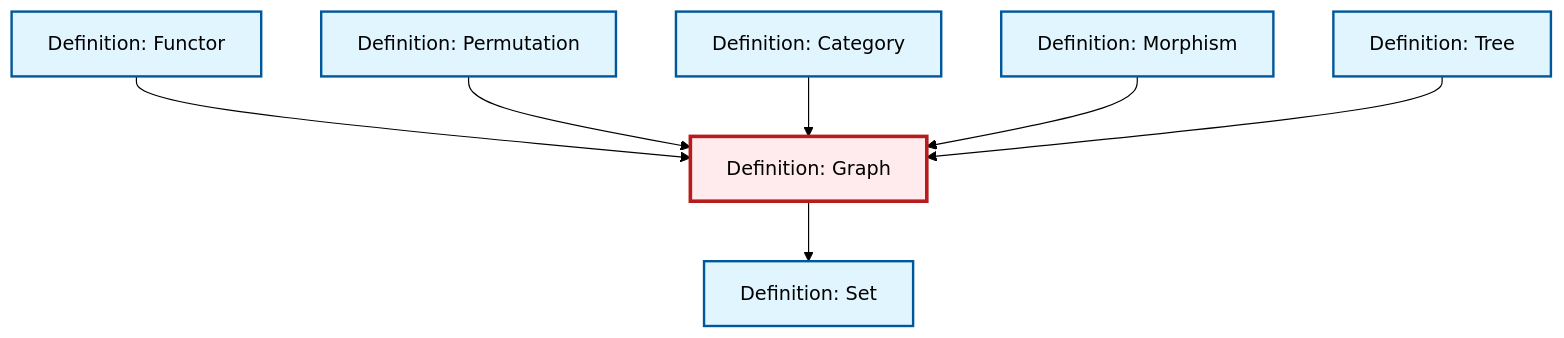
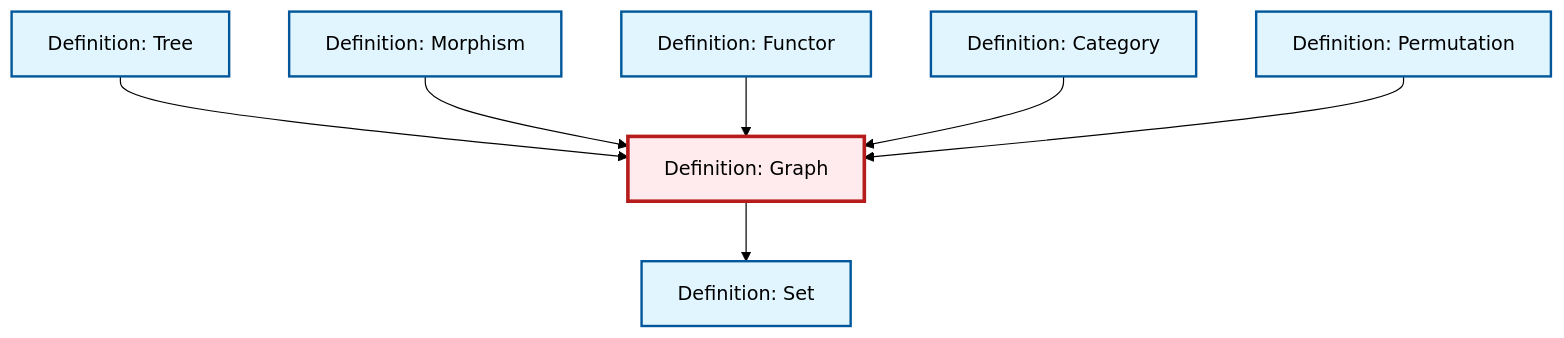
Before and after one commit to RK0429/ModernMath: the diagram in content/en/combinatorics/def-graph.qmd, drawn with Mermaid (forest theme). The commit also changed other lines of this file and 615 other files, not shown here.

````diff
--- a/content/en/combinatorics/def-graph.qmd
+++ b/content/en/combinatorics/def-graph.qmd
@@ -90,29 +90,29 @@
 ```{mermaid}
 %%| fig-cap: "Local dependency graph"
 graph TD
     classDef definition fill:#e1f5fe,stroke:#01579b,stroke-width:2px
     classDef theorem fill:#f3e5f5,stroke:#4a148c,stroke-width:2px
     classDef axiom fill:#fff3e0,stroke:#e65100,stroke-width:2px
     classDef example fill:#e8f5e9,stroke:#1b5e20,stroke-width:2px
     classDef current fill:#ffebee,stroke:#b71c1c,stroke-width:3px
     def-set["Definition: Set"]:::definition
+    def-permutation["Definition: Permutation"]:::definition
+    def-category["Definition: Category"]:::definition
+    def-morphism["Definition: Morphism"]:::definition
     def-functor["Definition: Functor"]:::definition
-    def-permutation["Definition: Permutation"]:::definition
     def-graph["Definition: Graph"]:::definition
-    def-category["Definition: Category"]:::definition
     def-tree["Definition: Tree"]:::definition
-    def-morphism["Definition: Morphism"]:::definition
+    def-tree --> def-graph
+    def-morphism --> def-graph
+    def-graph --> def-set
     def-functor --> def-graph
+    def-category --> def-graph
     def-permutation --> def-graph
-    def-category --> def-graph
-    def-morphism --> def-graph
-    def-tree --> def-graph
-    def-graph --> def-set
     class def-graph current
     click def-set "def-set.html" "Go to Set definition"
-    click def-functor "def-functor.html" "Go to Functor definition"
     click def-permutation "def-permutation.html" "Go to Permutation definition"
     click def-category "def-category.html" "Go to Category definition"
+    click def-morphism "def-morphism.html" "Go to Morphism definition"
+    click def-functor "def-functor.html" "Go to Functor definition"
     click def-tree "def-tree.html" "Go to Tree definition"
-    click def-morphism "def-morphism.html" "Go to Morphism definition"
 ```
````
